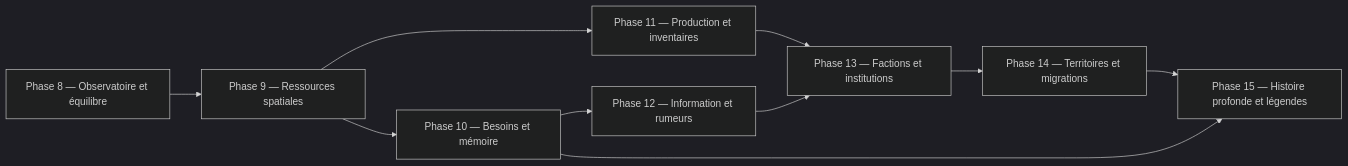
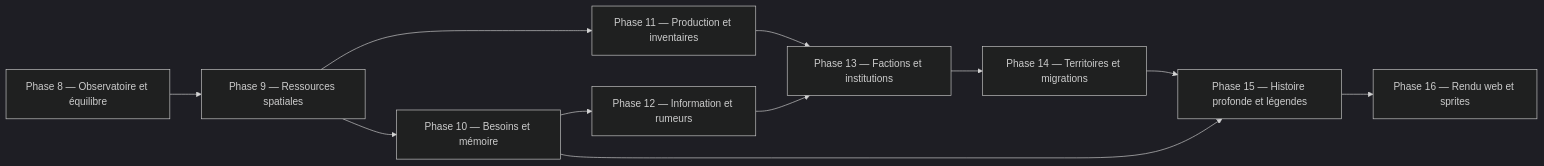
The diagram in ROADMAP_EMERGENCE.md (Drwhy/chartographist), drawn with Mermaid (dark theme) before and after one commit. The commit also changed other lines of this file and 79 other files, not shown here.

````diff
--- a/ROADMAP_EMERGENCE.md
+++ b/ROADMAP_EMERGENCE.md
@@ -77,12 +77,13 @@
 ```mermaid
 flowchart LR
     P8["Phase 8 — Observatoire et équilibre"] --> P9["Phase 9 — Ressources spatiales"]
     P9 --> P10["Phase 10 — Besoins et mémoire"]
     P9 --> P11["Phase 11 — Production et inventaires"]
     P10 --> P12["Phase 12 — Information et rumeurs"]
     P11 --> P13["Phase 13 — Factions et institutions"]
     P12 --> P13
     P13 --> P14["Phase 14 — Territoires et migrations"]
     P14 --> P15["Phase 15 — Histoire profonde et légendes"]
+    P15 --> P16["Phase 16 — Rendu web et sprites"]
     P10 --> P15
 ```
````
